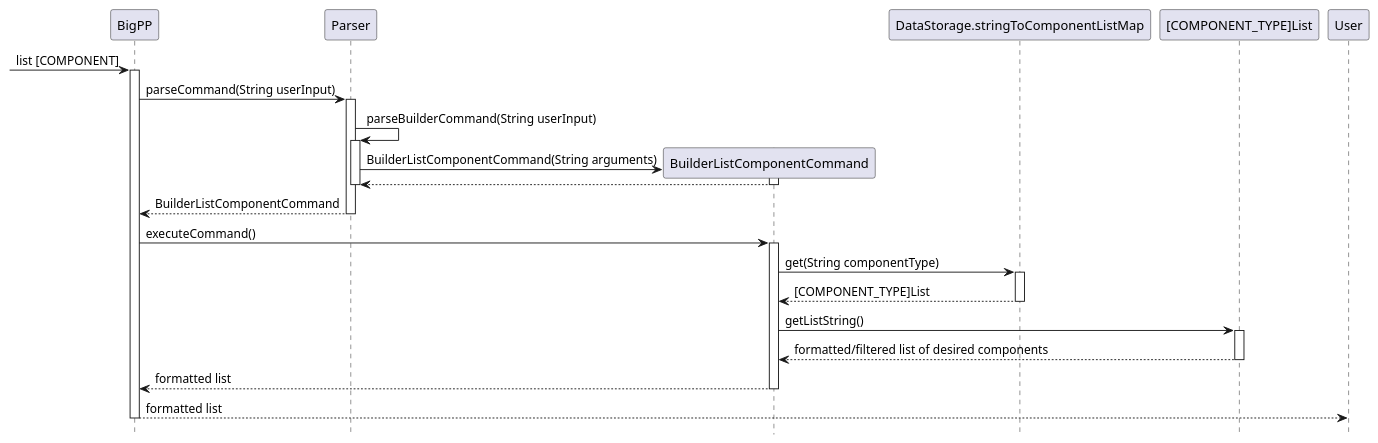
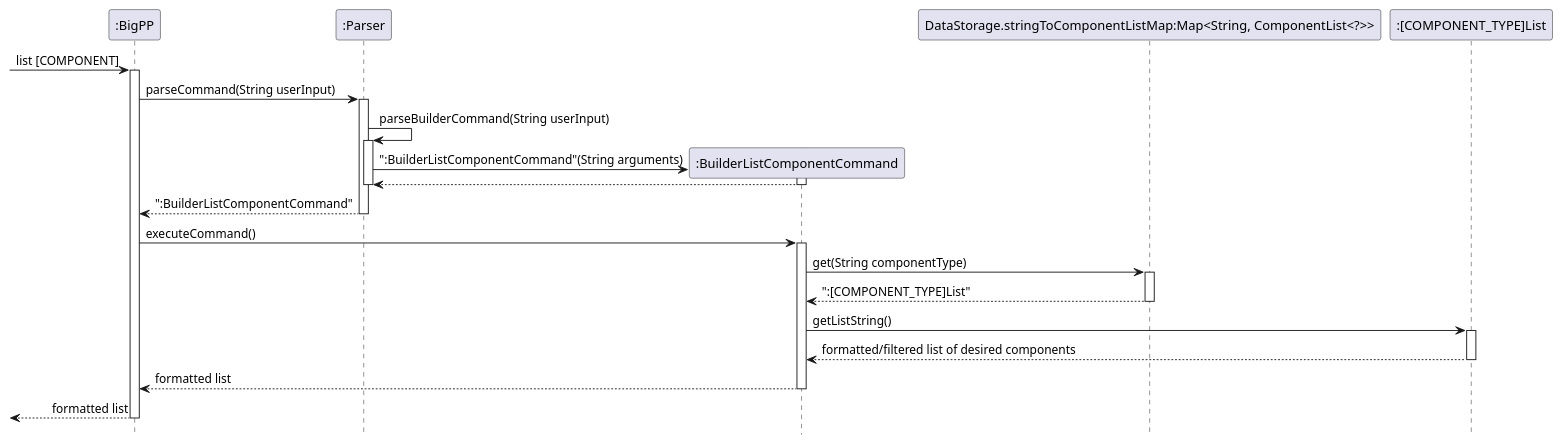
The diagram in docs/uml-source/Commands/listComponentCommand.puml (typingpanda/tp), drawn with PlantUML before and after one commit.

Commit message:
Ensure all Class in listComponentCommand has :

```diff
--- a/docs/uml-source/Commands/listComponentCommand.puml
+++ b/docs/uml-source/Commands/listComponentCommand.puml
@@ -3,44 +3,45 @@
 @startuml
 !pragma teoz true
 hide footbox
 
--> BigPP : list [COMPONENT]
+-> ":BigPP" : list [COMPONENT]
 
-activate BigPP
+activate ":BigPP"
 
-BigPP -> Parser : parseCommand(String userInput)
-activate Parser
+":BigPP" -> ":Parser" : parseCommand(String userInput)
+activate ":Parser"
 
-Parser -> Parser : parseBuilderCommand(String userInput)
-activate Parser
-create BuilderListComponentCommand
+":Parser" -> ":Parser" : parseBuilderCommand(String userInput)
+activate ":Parser"
+create ":BuilderListComponentCommand"
 
-Parser -> BuilderListComponentCommand : BuilderListComponentCommand(String arguments)
-activate BuilderListComponentCommand
-BuilderListComponentCommand --> Parser
-deactivate BuilderListComponentCommand
+":Parser" -> ":BuilderListComponentCommand" : ":BuilderListComponentCommand"(String arguments)
+activate ":BuilderListComponentCommand"
+":BuilderListComponentCommand" --> ":Parser"
+deactivate ":BuilderListComponentCommand"
 
-deactivate Parser
-Parser --> BigPP: BuilderListComponentCommand
-deactivate Parser
+deactivate ":Parser"
+":Parser" --> ":BigPP": ":BuilderListComponentCommand"
+deactivate ":Parser"
 
-BigPP -> BuilderListComponentCommand : executeCommand()
-activate BuilderListComponentCommand
-BuilderListComponentCommand -> DataStorage.stringToComponentListMap : get(String componentType)
-activate DataStorage.stringToComponentListMap
-DataStorage.stringToComponentListMap --> BuilderListComponentCommand : [COMPONENT_TYPE]List
-deactivate DataStorage.stringToComponentListMap
+":BigPP" -> ":BuilderListComponentCommand" : executeCommand()
+activate ":BuilderListComponentCommand"
+":BuilderListComponentCommand" -> "DataStorage.stringToComponentListMap:Map<String, ComponentList<?>>" : get(String componentType)
+activate "DataStorage.stringToComponentListMap:Map<String, ComponentList<?>>"
+"DataStorage.stringToComponentListMap:Map<String, ComponentList<?>>" --> ":BuilderListComponentCommand" : ":[COMPONENT_TYPE]List"
+deactivate "DataStorage.stringToComponentListMap:Map<String, ComponentList<?>>"
 
-BuilderListComponentCommand -> "[COMPONENT_TYPE]List" : getListString()
-activate "[COMPONENT_TYPE]List"
-"[COMPONENT_TYPE]List" --> BuilderListComponentCommand : formatted/filtered list of desired components
-deactivate "[COMPONENT_TYPE]List"
+":BuilderListComponentCommand" -> ":[COMPONENT_TYPE]List" : getListString()
+activate ":[COMPONENT_TYPE]List"
+":[COMPONENT_TYPE]List" --> ":BuilderListComponentCommand" : formatted/filtered list of desired components
+deactivate ":[COMPONENT_TYPE]List"
 
-BuilderListComponentCommand --> BigPP : formatted list
-deactivate BuilderListComponentCommand
+":BuilderListComponentCommand" --> ":BigPP" : formatted list
+deactivate ":BuilderListComponentCommand"
 
-BigPP --> User : formatted list
-deactivate BigPP
-deactivate User
+<-- ":BigPP" : formatted list
+
+deactivate ":BigPP"
+
 
 @enduml
```
